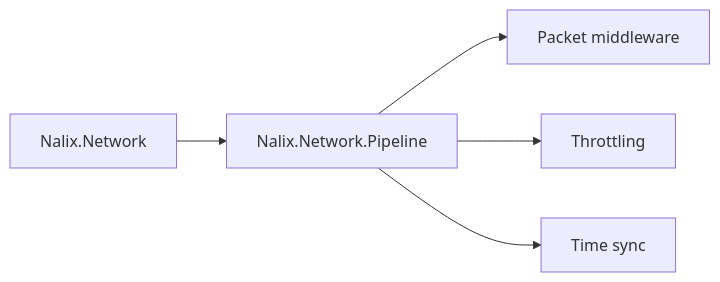
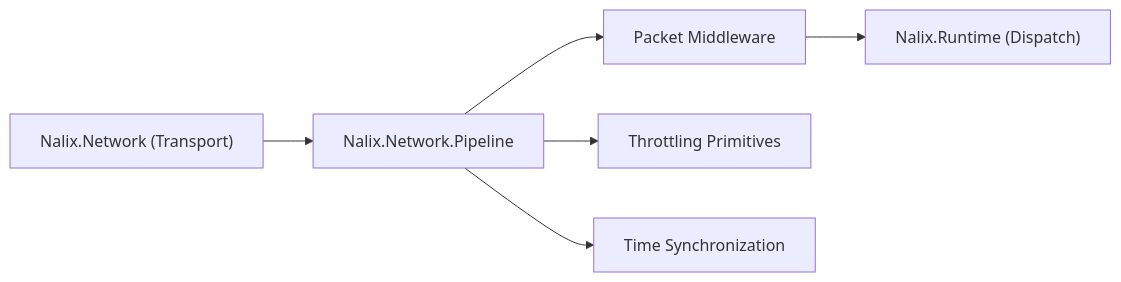
Before and after one commit to ppn-systems/Nalix: the diagram in docs/packages/nalix-network-pipeline.md, drawn with Mermaid. The commit also changed other lines of this file and 75 other files, not shown here.

````diff
--- a/docs/packages/nalix-network-pipeline.md
+++ b/docs/packages/nalix-network-pipeline.md
@@ -21,7 +10,8 @@
 ```mermaid
 flowchart LR
-    A["Nalix.Network"] --> B["Nalix.Network.Pipeline"]
-    B --> C["Packet middleware"]
-    B --> D["Throttling"]
-    B --> E["Time sync"]
+    A["Nalix.Network (Transport)"] --> B["Nalix.Network.Pipeline"]
+    B --> C["Packet Middleware"]
+    B --> D["Throttling Primitives"]
+    B --> E["Time Synchronization"]
+    C --> F["Nalix.Runtime (Dispatch)"]
 ```
````
